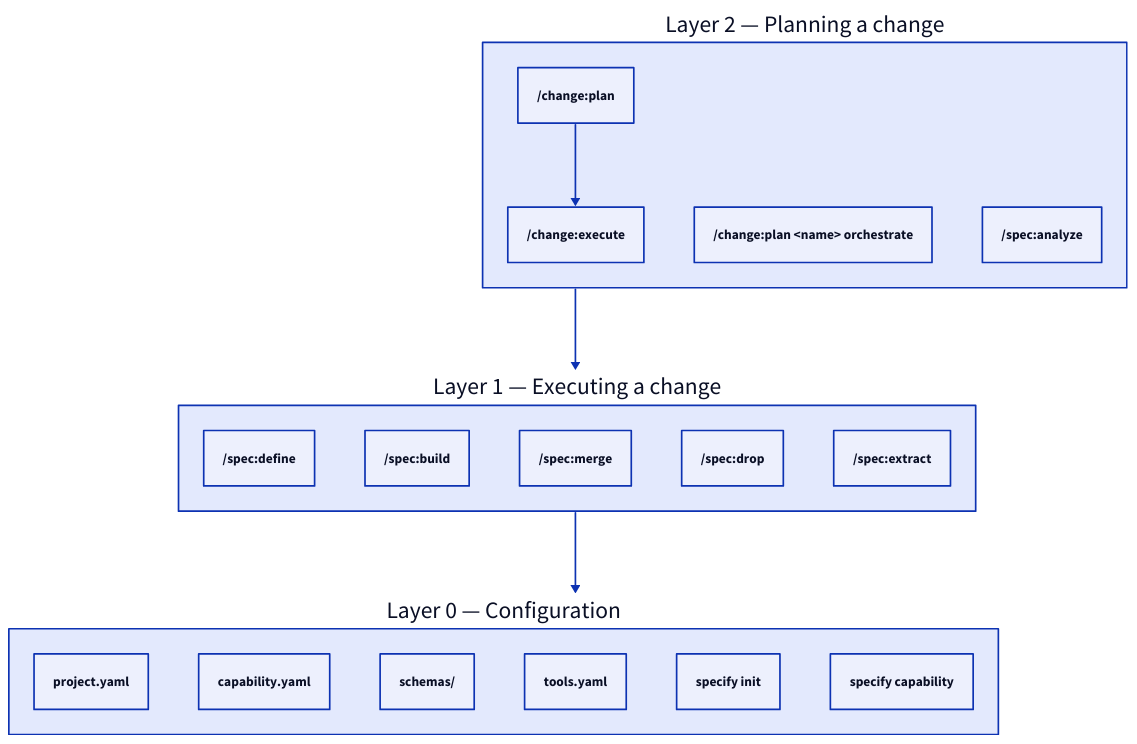
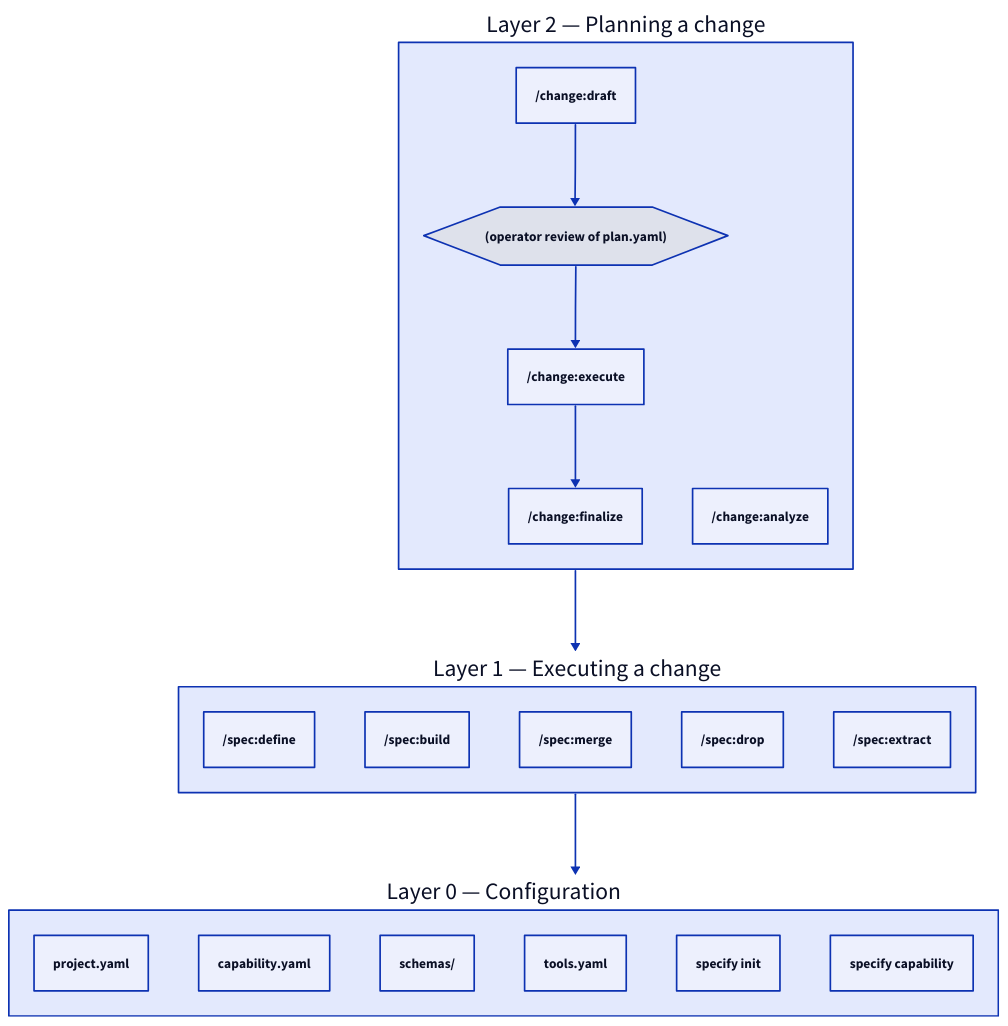
Before and after one commit to augentic/anvil: the diagram in docs/explanation/layered-stack.md, drawn with D2. The commit also changed other lines of this file and 331 other files, not shown here.

````diff
--- a/docs/explanation/layered-stack.md
+++ b/docs/explanation/layered-stack.md
@@ -5,31 +5,34 @@
 ```d2
 direction: down
 
 Layer2: "Layer 2 — Planning a change" {
-  plan: "/change:plan"
+  draft: "/change:draft"
+  review: "(operator review of plan.yaml)" {shape: hexagon}
   execute: "/change:execute"
-  orchestrate: "/change:plan <name> orchestrate"
-  analyze: "/spec:analyze"
-  plan -> execute
+  finalize: "/change:finalize"
+  analyze: "/change:analyze"
+  draft -> review
+  review -> execute
+  execute -> finalize
 }
 
 Layer1: "Layer 1 — Executing a change" {
   define: "/spec:define"
   build: "/spec:build"
   mergeSkill: "/spec:merge"
   drop: "/spec:drop"
   extract: "/spec:extract"
 }
 
 Layer0: "Layer 0 — Configuration" {
   projectYaml: "project.yaml"
   capabilityYaml: "capability.yaml"
   schemas: "schemas/"
   toolsYaml: "tools.yaml"
   initVerb: "specify init"
   capabilityVerb: "specify capability"
 }
 
 Layer2 -> Layer1
 Layer1 -> Layer0
 ```
````
